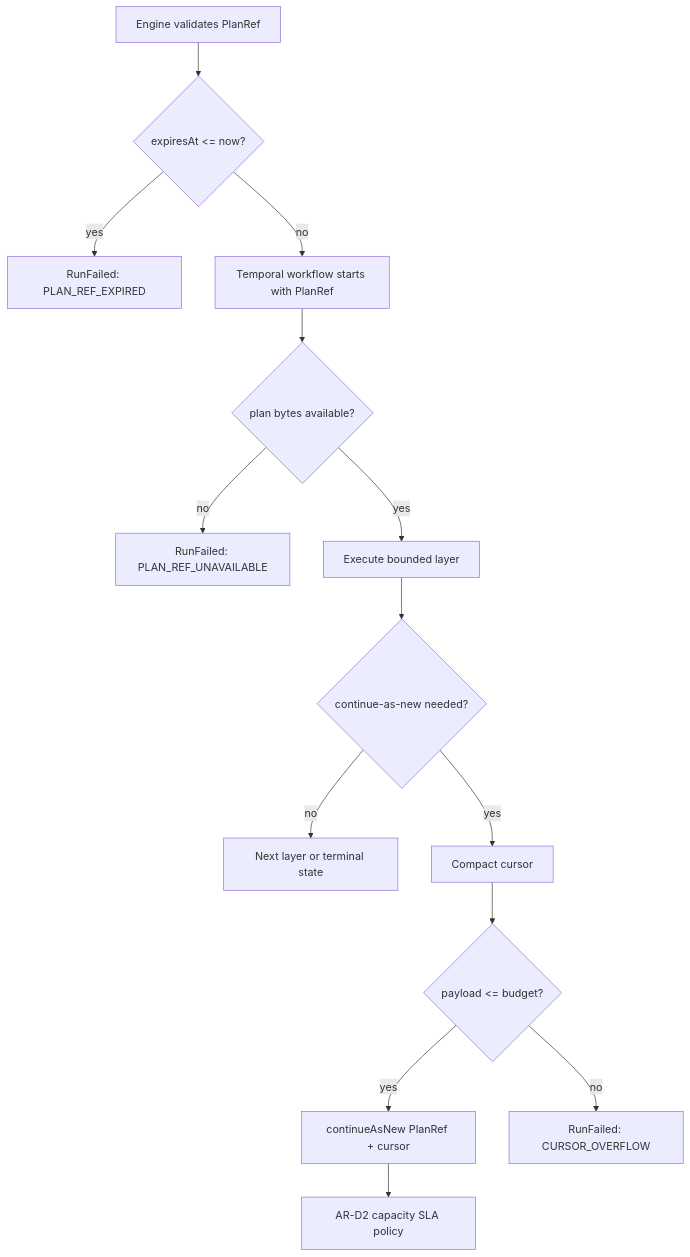
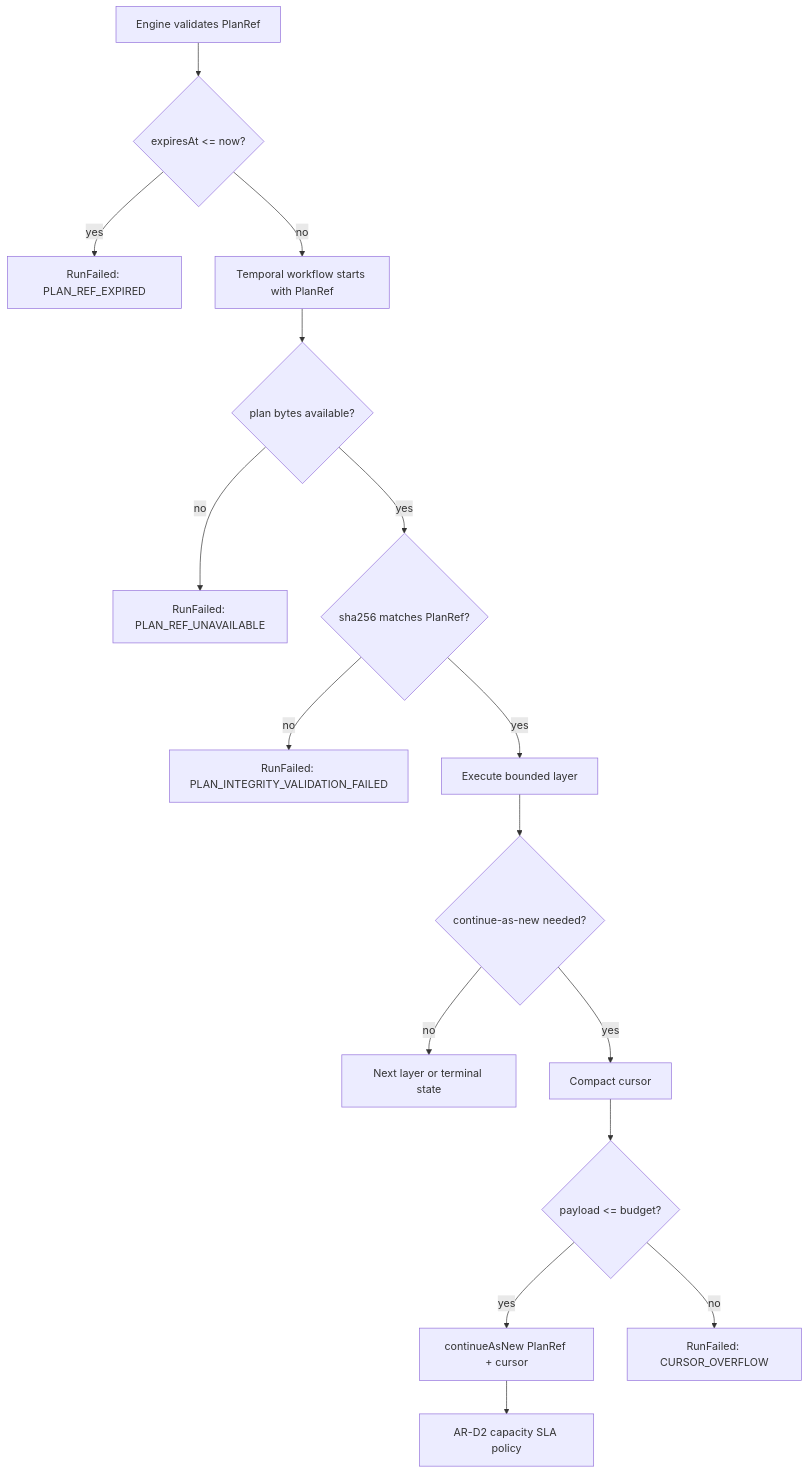
The diagram in docs/architecture/components/engine/adapters/temporal/temporal-planref-workflow-boundary-user-stories.md (dunay2/dvt), drawn with Mermaid before and after one commit. The commit also changed other lines of this file and 11 other files, not shown here.

Commit message:
test(adapters): Harden PlanRef semantic fitness

````diff
--- a/docs/architecture/components/engine/adapters/temporal/temporal-planref-workflow-boundary-user-stories.md
+++ b/docs/architecture/components/engine/adapters/temporal/temporal-planref-workflow-boundary-user-stories.md
@@ -130,16 +146,18 @@
 ```mermaid
 flowchart TD
   Engine["Engine validates PlanRef"] --> Expired{"expiresAt <= now?"}
   Expired -->|yes| ExpiredFail["RunFailed: PLAN_REF_EXPIRED"]
   Expired -->|no| Workflow["Temporal workflow starts with PlanRef"]
   Workflow --> Segment{"plan bytes available?"}
   Segment -->|no| Unavailable["RunFailed: PLAN_REF_UNAVAILABLE"]
-  Segment -->|yes| Layer["Execute bounded layer"]
+  Segment -->|yes| Hash{"sha256 matches PlanRef?"}
+  Hash -->|no| Integrity["RunFailed: PLAN_INTEGRITY_VALIDATION_FAILED"]
+  Hash -->|yes| Layer["Execute bounded layer"]
   Layer --> Rollover{"continue-as-new needed?"}
   Rollover -->|no| Next["Next layer or terminal state"]
   Rollover -->|yes| Compact["Compact cursor"]
   Compact --> Budget{"payload <= budget?"}
   Budget -->|yes| Continue["continueAsNew PlanRef + cursor"]
   Budget -->|no| Overflow["RunFailed: CURSOR_OVERFLOW"]
   Continue --> Capacity["AR-D2 capacity SLA policy"]
 ```
````
